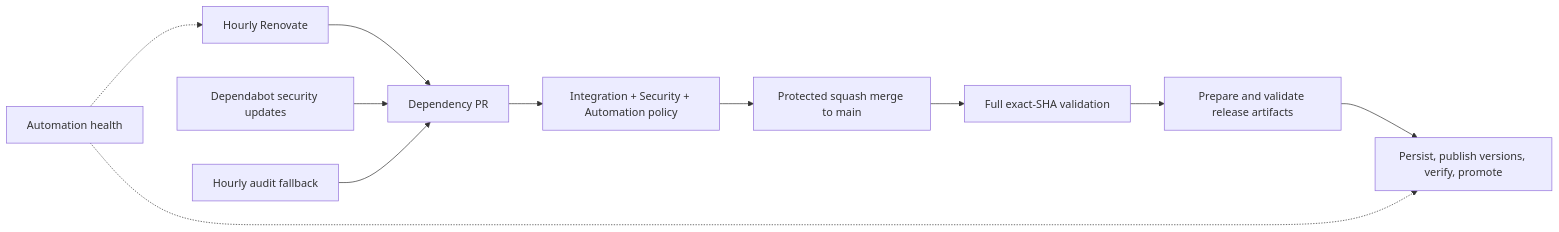
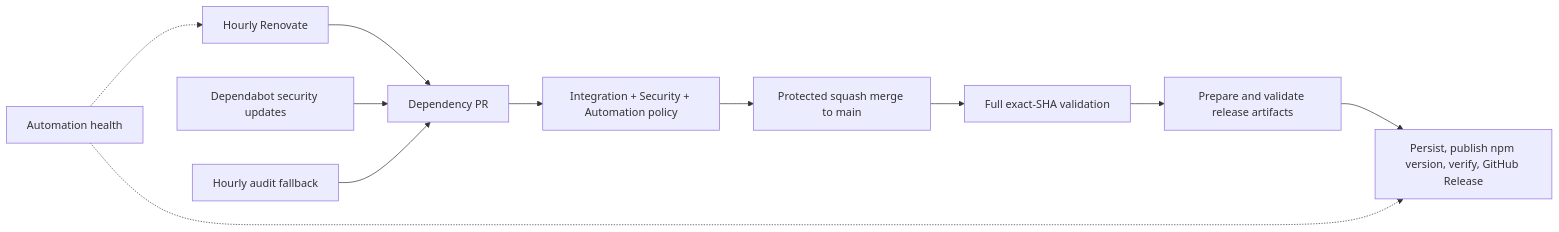
The diagram in .github/workflows/README.md (SquadRules/mcp), drawn with Mermaid before and after one commit. The commit also changed other lines of this file and 12 other files, not shown here.

````diff
--- a/.github/workflows/README.md
+++ b/.github/workflows/README.md
@@ -7,13 +7,13 @@
 ```mermaid
 flowchart LR
   REN[Hourly Renovate] --> PR[Dependency PR]
   DEP[Dependabot security updates] --> PR
   AUD[Hourly audit fallback] --> PR
   PR --> CI[Integration + Security + Automation policy]
   CI --> MAIN[Protected squash merge to main]
   MAIN --> FULL[Full exact-SHA validation]
   FULL --> REL[Prepare and validate release artifacts]
-  REL --> PUB[Persist, publish versions, verify, promote]
+  REL --> PUB[Persist, publish npm version, verify, GitHub Release]
   HEALTH[Automation health] -.-> REN
   HEALTH -.-> PUB
 ```
````
